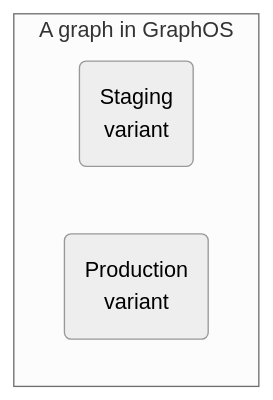
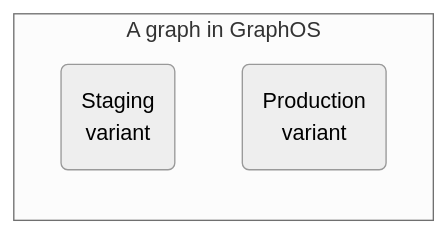
The first of 5 diagrams in src/content/graphos/basics/graphs/index.mdx (apollographql/docs), drawn with Mermaid (neutral theme) before and after one commit. The commit also changed other lines of this file and 17 other files, not shown here.

````diff
--- a/src/content/graphos/basics/graphs/index.mdx
+++ b/src/content/graphos/basics/graphs/index.mdx
@@ -10,8 +10,8 @@
 ```mermaid
-graph TB;
+graph LR;
   subgraph "A graph in GraphOS";
-    direction LR
+    direction TB
     staging(Staging<br/>variant);
     production(Production<br/>variant);
   end;
 ```
````
